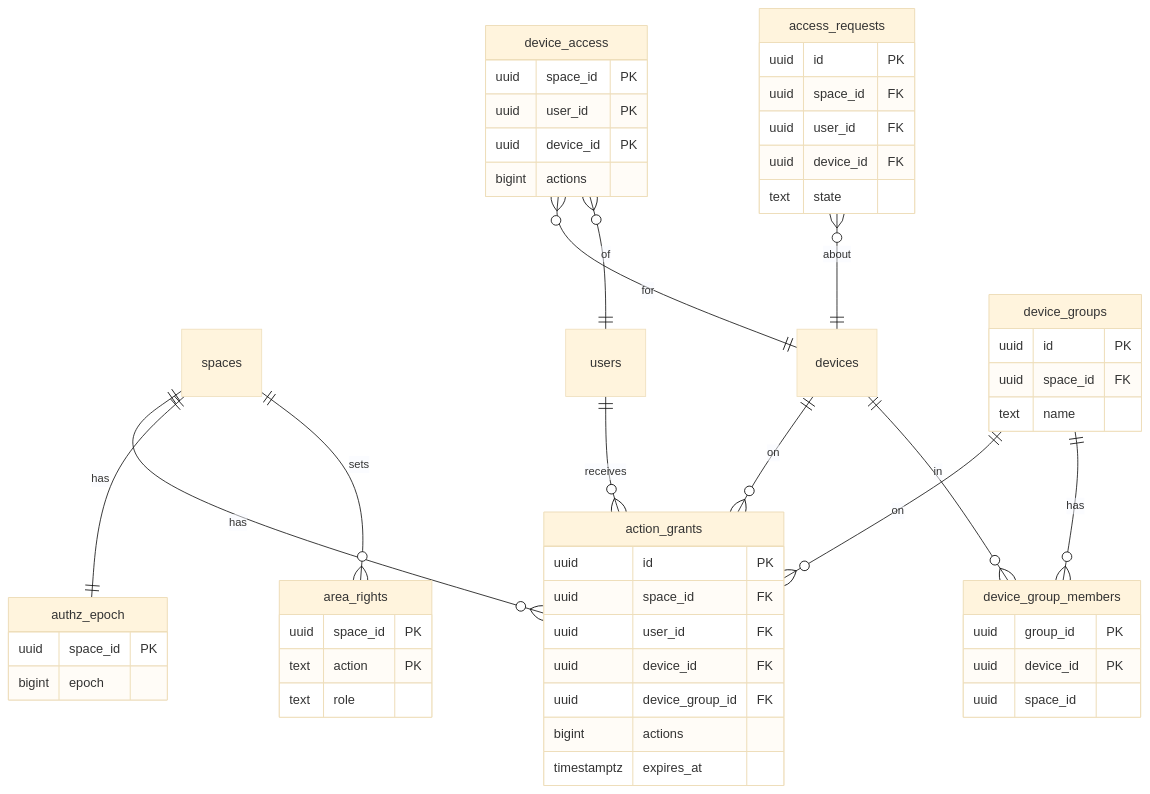
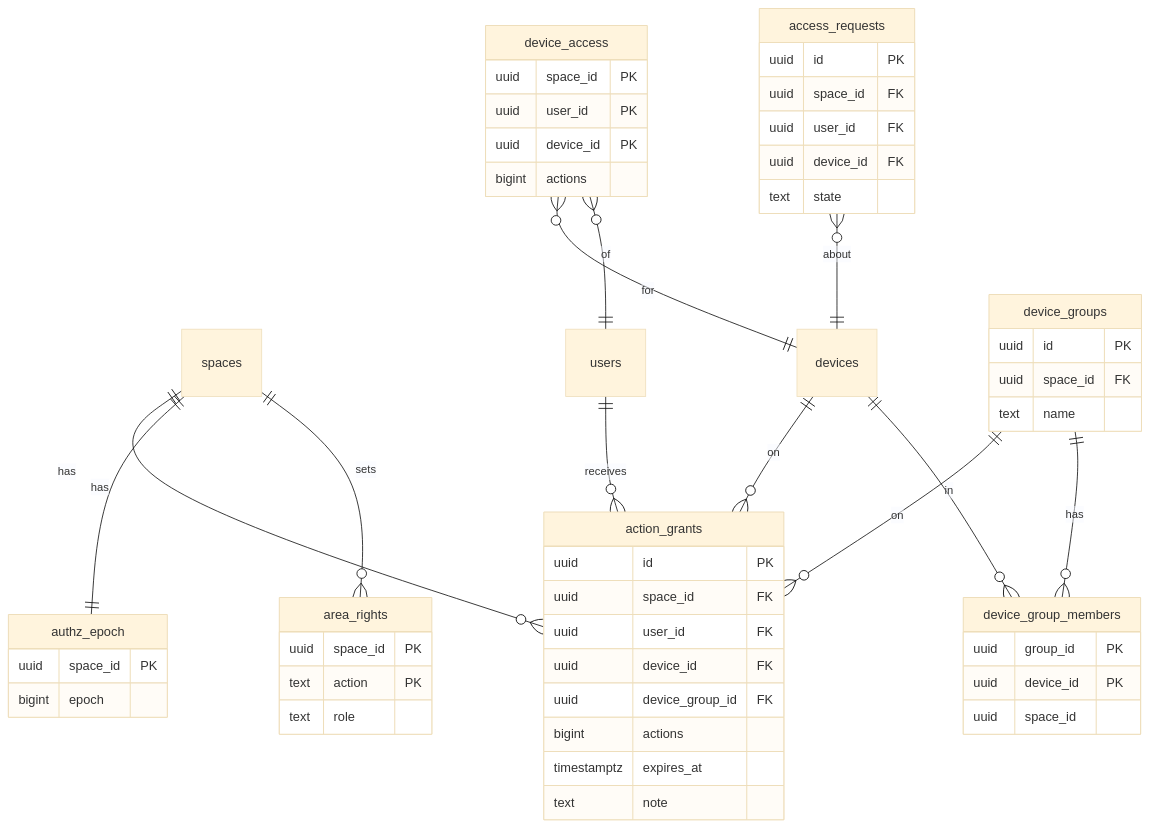
The second of 6 diagrams in docs/design/database.md (CuriousTimo/Maker-Connect), drawn with Mermaid (base theme) before and after one commit. The commit also changed other lines of this file and 11 other files, not shown here.

````diff
--- a/docs/design/database.md
+++ b/docs/design/database.md
@@ -252,55 +255,56 @@
 ```mermaid
 erDiagram
   spaces ||--o{ action_grants : has
   users ||--o{ action_grants : receives
   devices ||--o{ action_grants : on
   device_groups ||--o{ action_grants : on
   device_groups ||--o{ device_group_members : has
   devices ||--o{ device_group_members : in
   device_access }o--|| devices : for
   device_access }o--|| users : of
   spaces ||--|| authz_epoch : has
   spaces ||--o{ area_rights : sets
   access_requests }o--|| devices : about
   action_grants {
     uuid id PK
     uuid space_id FK
     uuid user_id FK
     uuid device_id FK
     uuid device_group_id FK
     bigint actions
     timestamptz expires_at
+    text note
   }
   device_groups {
     uuid id PK
     uuid space_id FK
     text name
   }
   device_group_members {
     uuid group_id PK
     uuid device_id PK
     uuid space_id
   }
   device_access {
     uuid space_id PK
     uuid user_id PK
     uuid device_id PK
     bigint actions
   }
   authz_epoch {
     uuid space_id PK
     bigint epoch
   }
   access_requests {
     uuid id PK
     uuid space_id FK
     uuid user_id FK
     uuid device_id FK
     text state
   }
   area_rights {
     uuid space_id PK
     text action PK
     text role
   }
 ```
````
